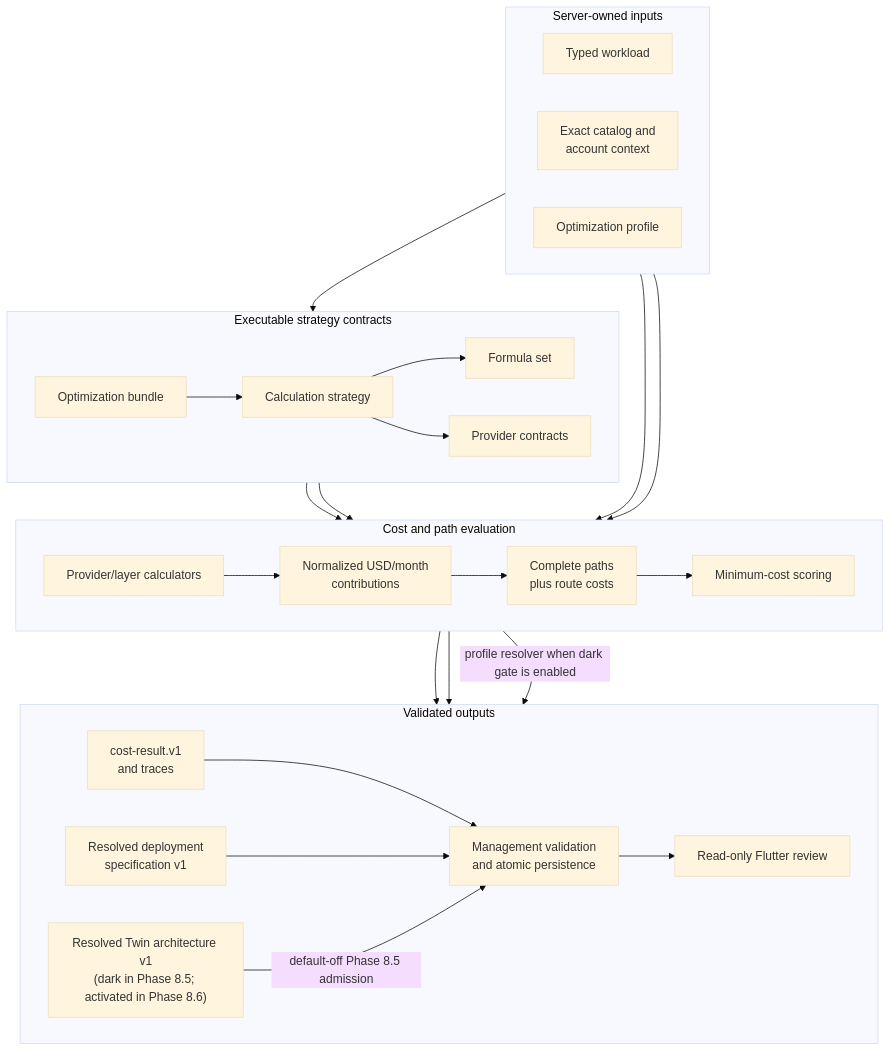
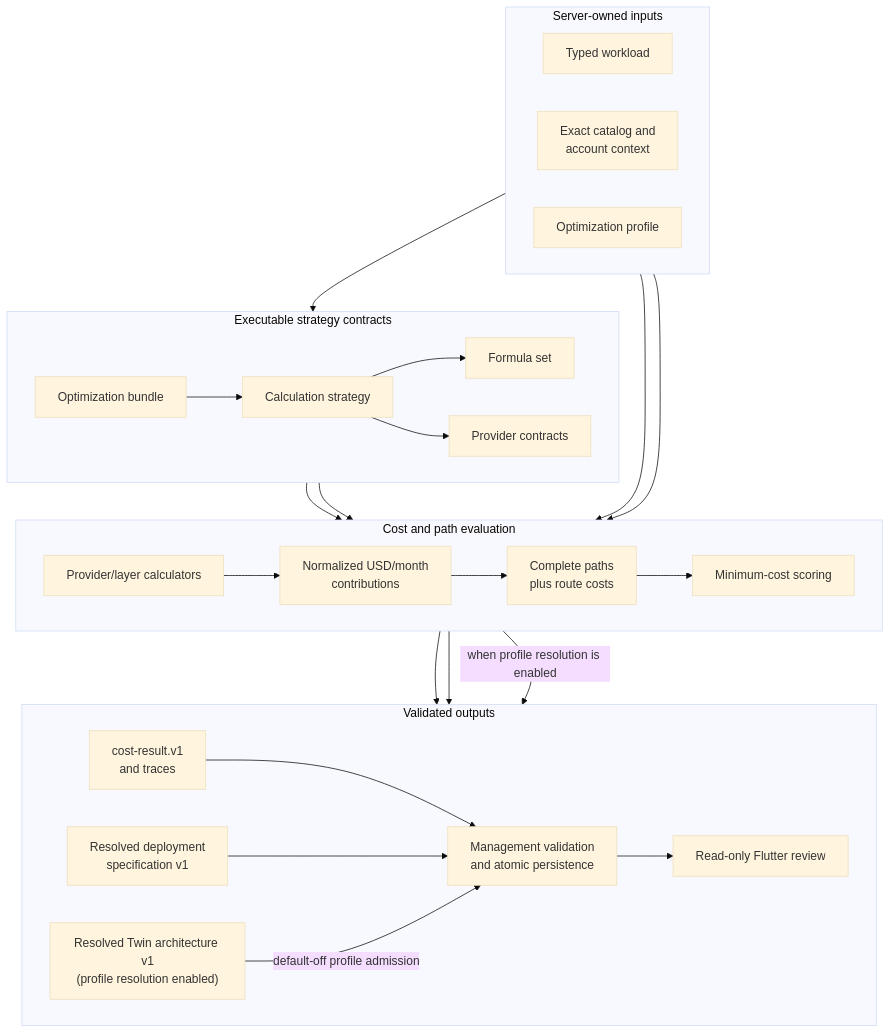
Before and after one commit to TVJunkie724/master-thesis: the third of 4 diagrams in docs-site/docs/contracts-and-data-flow/pricing-optimization.md, drawn with Mermaid (base theme). The commit also changed other lines of this file and 36 other files, not shown here.

````diff
--- a/docs-site/docs/contracts-and-data-flow/pricing-optimization.md
+++ b/docs-site/docs/contracts-and-data-flow/pricing-optimization.md
@@ -54,43 +54,43 @@
 ```mermaid
 flowchart TD
     subgraph Inputs["Server-owned inputs"]
         direction LR
         Workload["Typed workload"]
         Context["Exact catalog and<br/>account context"]
         Profile["Optimization profile"]
     end
 
     subgraph Contracts["Executable strategy contracts"]
         direction LR
         Bundle["Optimization bundle"] --> Strategy["Calculation strategy"]
         Strategy --> FormulaSet["Formula set"]
         Strategy --> ProviderContracts["Provider contracts"]
     end
 
     subgraph Evaluation["Cost and path evaluation"]
         direction LR
         Calculators["Provider/layer calculators"] --> Contributions["Normalized USD/month<br/>contributions"]
         Contributions --> Paths["Complete paths<br/>plus route costs"] --> Scoring["Minimum-cost scoring"]
     end
 
     subgraph Outputs["Validated outputs"]
         direction LR
         Result["cost-result.v1<br/>and traces"]
         Specification["Resolved deployment<br/>specification v1"]
-        Architecture["Resolved Twin architecture v1<br/>(dark in Phase 8.5; activated in Phase 8.6)"]
+        Architecture["Resolved Twin architecture v1<br/>(profile resolution enabled)"]
         Management["Management validation<br/>and atomic persistence"]
         Flutter["Read-only Flutter review"]
     end
 
     Profile --> Bundle
     Workload --> Calculators
     Context --> Calculators
     FormulaSet --> Calculators
     ProviderContracts --> Calculators
     Scoring --> Result
     Scoring --> Specification
-    Scoring -->|"profile resolver when dark gate is enabled"| Architecture
+    Scoring -->|"when profile resolution is enabled"| Architecture
     Result --> Management
     Specification --> Management --> Flutter
-    Architecture -->|"default-off Phase 8.5 admission"| Management
+    Architecture -->|"default-off profile admission"| Management
 ```
````
